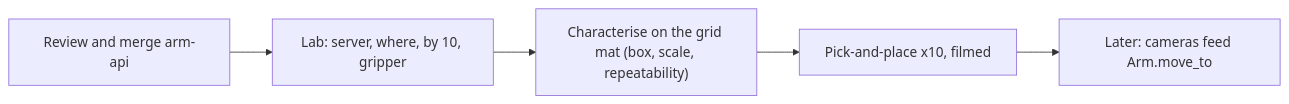
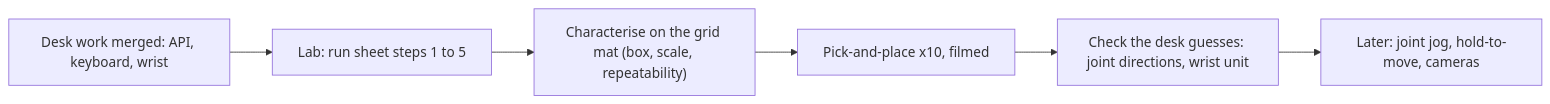
The diagram in docs/STATUS.md (Sebastianr8243/scorbot-er4u-python), drawn with Mermaid before and after one commit. The commit also changed other lines of this file and 7 other files, not shown here.

First line of the commit message:
Bring the docs up to date with the merged keyboard, wrist and desk-findings work

````diff
--- a/docs/STATUS.md
+++ b/docs/STATUS.md
@@ -39,7 +39,8 @@
 ```mermaid
 flowchart LR
-    M["Review and merge arm-api"] --> L["Lab: server, where, by 10, gripper"]
+    M["Desk work merged: API, keyboard, wrist"] --> L["Lab: run sheet steps 1 to 5"]
     L --> C["Characterise on the grid mat (box, scale, repeatability)"]
     C --> P["Pick-and-place x10, filmed"]
-    P --> V["Later: cameras feed Arm.move_to"]
+    P --> W["Check the desk guesses: joint directions, wrist unit"]
+    W --> V["Later: joint jog, hold-to-move, cameras"]
 ```
````
